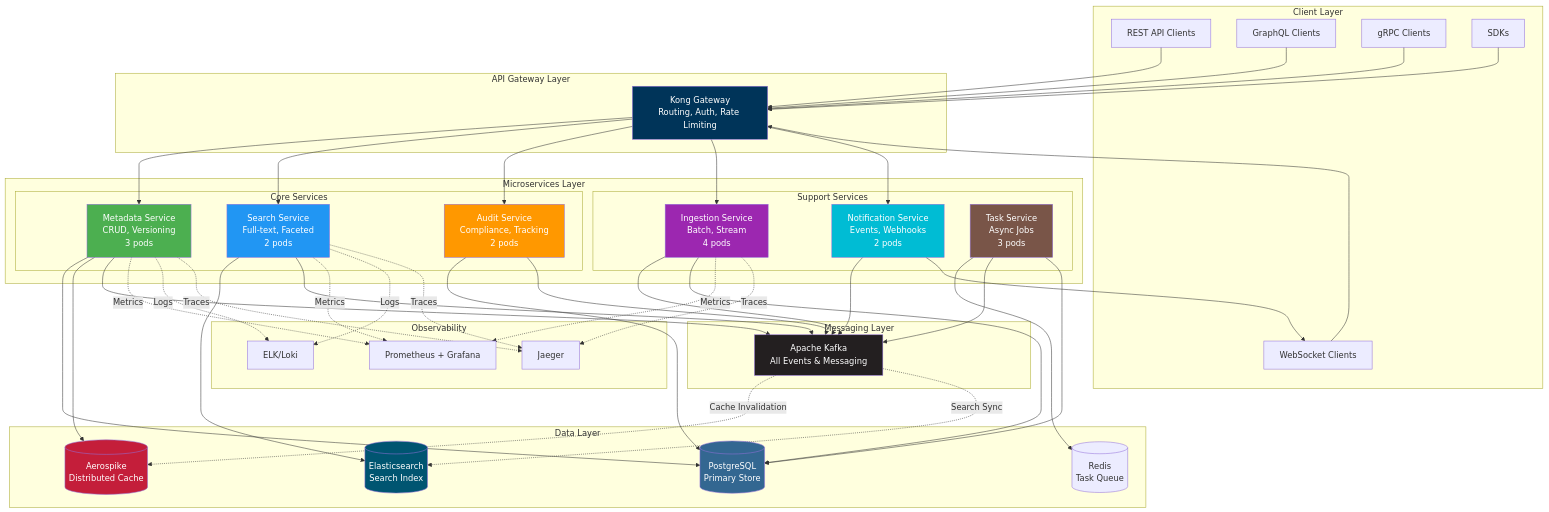
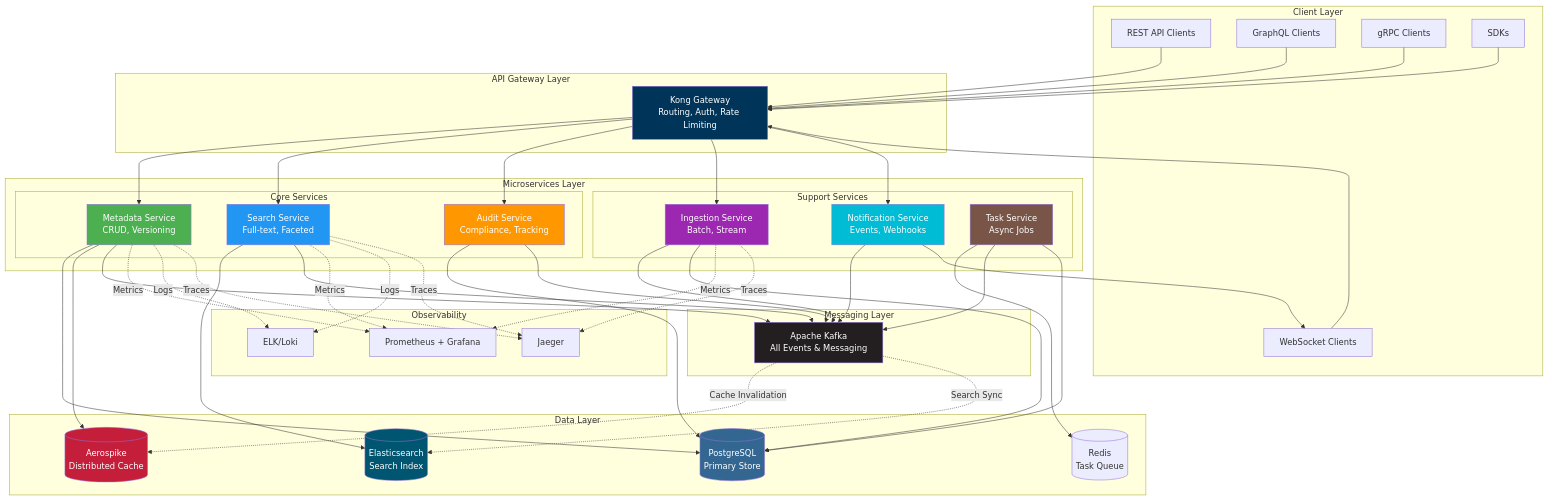
One commit to ravi0402/metastore changed the diagram in diagrams/mermaid/02-system-architecture.mmd. Above: the diagram before and after it, drawn with Mermaid. The commit also changed 6 other files, not shown here.

Commit message:
feat: updated designs and data flows

```diff
--- a/diagrams/mermaid/02-system-architecture.mmd
+++ b/diagrams/mermaid/02-system-architecture.mmd
@@ -1,101 +1,101 @@
 graph TB
     subgraph "Client Layer"
         REST[REST API Clients]
         GraphQL[GraphQL Clients]
         gRPC[gRPC Clients]
         WS[WebSocket Clients]
         SDK[SDKs]
     end
     
     subgraph "API Gateway Layer"
         Kong[Kong Gateway<br/>Routing, Auth, Rate Limiting]
     end
     
     subgraph "Microservices Layer"
         subgraph "Core Services"
-            MetadataService[Metadata Service<br/>CRUD, Versioning<br/>3 pods]
-            SearchService[Search Service<br/>Full-text, Faceted<br/>2 pods]
-            AuditService[Audit Service<br/>Compliance, Tracking<br/>2 pods]
+            MetadataService[Metadata Service<br/>CRUD, Versioning<br/>]
+            SearchService[Search Service<br/>Full-text, Faceted<br/>]
+            AuditService[Audit Service<br/>Compliance, Tracking<br/>]
         end
         
         subgraph "Support Services"
-            IngestionService[Ingestion Service<br/>Batch, Stream<br/>4 pods]
-            NotificationService[Notification Service<br/>Events, Webhooks<br/>2 pods]
-            TaskService[Task Service<br/>Async Jobs<br/>3 pods]
+            IngestionService[Ingestion Service<br/>Batch, Stream<br/>]
+            NotificationService[Notification Service<br/>Events, Webhooks<br/>]
+            TaskService[Task Service<br/>Async Jobs<br/>]
         end
     end
     
     subgraph "Messaging Layer"
         Kafka[Apache Kafka<br/>All Events & Messaging]
     end
     
     subgraph "Data Layer"
         Postgres[(PostgreSQL<br/>Primary Store)]
         Aerospike[(Aerospike<br/>Distributed Cache)]
         Elasticsearch[(Elasticsearch<br/>Search Index)]
         Redis[(Redis<br/>Task Queue)]
     end
     
     subgraph "Observability"
         Monitoring[Prometheus + Grafana]
         Logging[ELK/Loki]
         Tracing[Jaeger]
     end
     
     REST --> Kong
     GraphQL --> Kong
     gRPC --> Kong
     WS --> Kong
     SDK --> Kong
     
     Kong --> MetadataService
     Kong --> SearchService
     Kong --> AuditService
     Kong --> IngestionService
     Kong --> NotificationService
     
     MetadataService --> Postgres
     MetadataService --> Aerospike
     MetadataService --> Kafka
     
     SearchService --> Elasticsearch
     SearchService --> Kafka
     
     AuditService --> Postgres
     AuditService --> Kafka
     
     IngestionService --> Kafka
     IngestionService --> Postgres
     
     NotificationService --> Kafka
     NotificationService --> WS
     
     TaskService --> Redis
     TaskService --> Kafka
     TaskService --> Postgres
     
     Kafka -.Cache Invalidation.-> Aerospike
     Kafka -.Search Sync.-> Elasticsearch
     
     MetadataService -.Metrics.-> Monitoring
     SearchService -.Metrics.-> Monitoring
     IngestionService -.Metrics.-> Monitoring
     
     MetadataService -.Logs.-> Logging
     SearchService -.Logs.-> Logging
     
     MetadataService -.Traces.-> Tracing
     SearchService -.Traces.-> Tracing
     IngestionService -.Traces.-> Tracing
     
     style Postgres fill:#336791,color:#fff
     style Aerospike fill:#C41E3A,color:#fff
     style Elasticsearch fill:#005571,color:#fff
     style Kong fill:#003459,color:#fff
     style Kafka fill:#231F20,color:#fff
     style MetadataService fill:#4CAF50,color:#fff
     style SearchService fill:#2196F3,color:#fff
     style AuditService fill:#FF9800,color:#fff
     style IngestionService fill:#9C27B0,color:#fff
     style NotificationService fill:#00BCD4,color:#fff
     style TaskService fill:#795548,color:#fff
```
